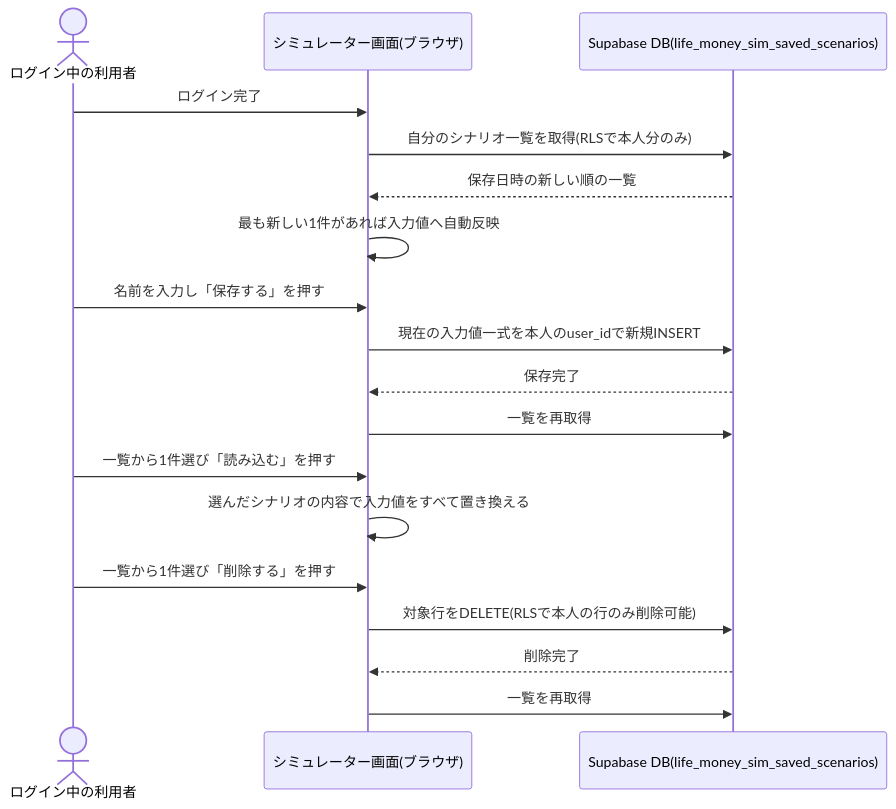
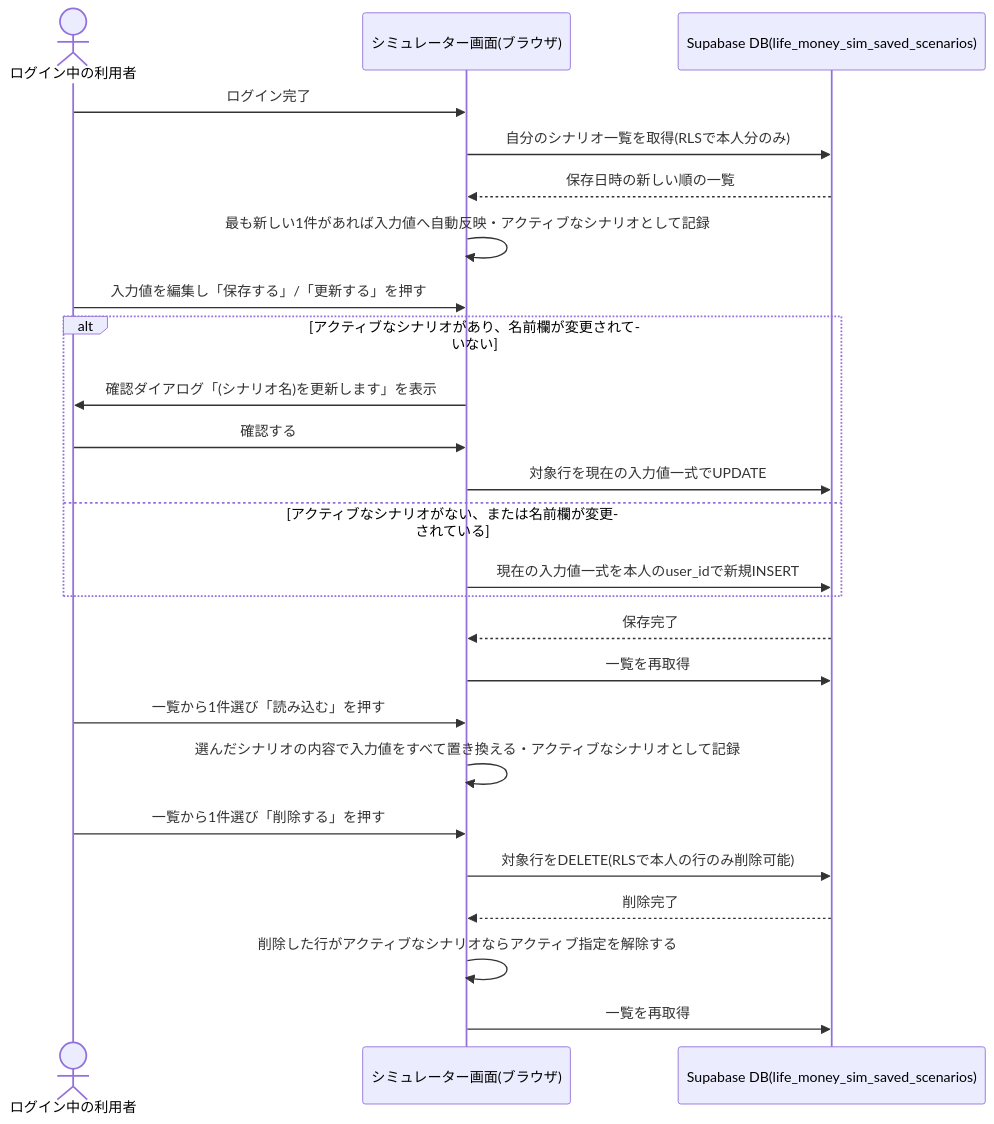
One commit to zakiyama0108/benriyatool changed the first of 2 diagrams in specs/life-money-sim/saved-scenario/design.md. Above: the diagram before and after it, drawn with Mermaid. The commit also changed other lines of this file and 5 other files, not shown here.

````diff
--- a/specs/life-money-sim/saved-scenario/design.md
+++ b/specs/life-money-sim/saved-scenario/design.md
@@ -7,21 +7,28 @@
 ```mermaid
 sequenceDiagram
     actor user as ログイン中の利用者
     participant screen as シミュレーター画面(ブラウザ)
     participant db as Supabase DB(life_money_sim_saved_scenarios)
 
     user ->> screen: ログイン完了
     screen ->> db: 自分のシナリオ一覧を取得(RLSで本人分のみ)
     db -->> screen: 保存日時の新しい順の一覧
-    screen ->> screen: 最も新しい1件があれば入力値へ自動反映
-    user ->> screen: 名前を入力し「保存する」を押す
-    screen ->> db: 現在の入力値一式を本人のuser_idで新規INSERT
+    screen ->> screen: 最も新しい1件があれば入力値へ自動反映・アクティブなシナリオとして記録
+    user ->> screen: 入力値を編集し「保存する」/「更新する」を押す
+    alt アクティブなシナリオがあり、名前欄が変更されていない
+        screen ->> user: 確認ダイアログ「(シナリオ名)を更新します」を表示
+        user ->> screen: 確認する
+        screen ->> db: 対象行を現在の入力値一式でUPDATE
+    else アクティブなシナリオがない、または名前欄が変更されている
+        screen ->> db: 現在の入力値一式を本人のuser_idで新規INSERT
+    end
     db -->> screen: 保存完了
     screen ->> db: 一覧を再取得
     user ->> screen: 一覧から1件選び「読み込む」を押す
-    screen ->> screen: 選んだシナリオの内容で入力値をすべて置き換える
+    screen ->> screen: 選んだシナリオの内容で入力値をすべて置き換える・アクティブなシナリオとして記録
     user ->> screen: 一覧から1件選び「削除する」を押す
     screen ->> db: 対象行をDELETE(RLSで本人の行のみ削除可能)
     db -->> screen: 削除完了
+    screen ->> screen: 削除した行がアクティブなシナリオならアクティブ指定を解除する
     screen ->> db: 一覧を再取得
 ```
````
